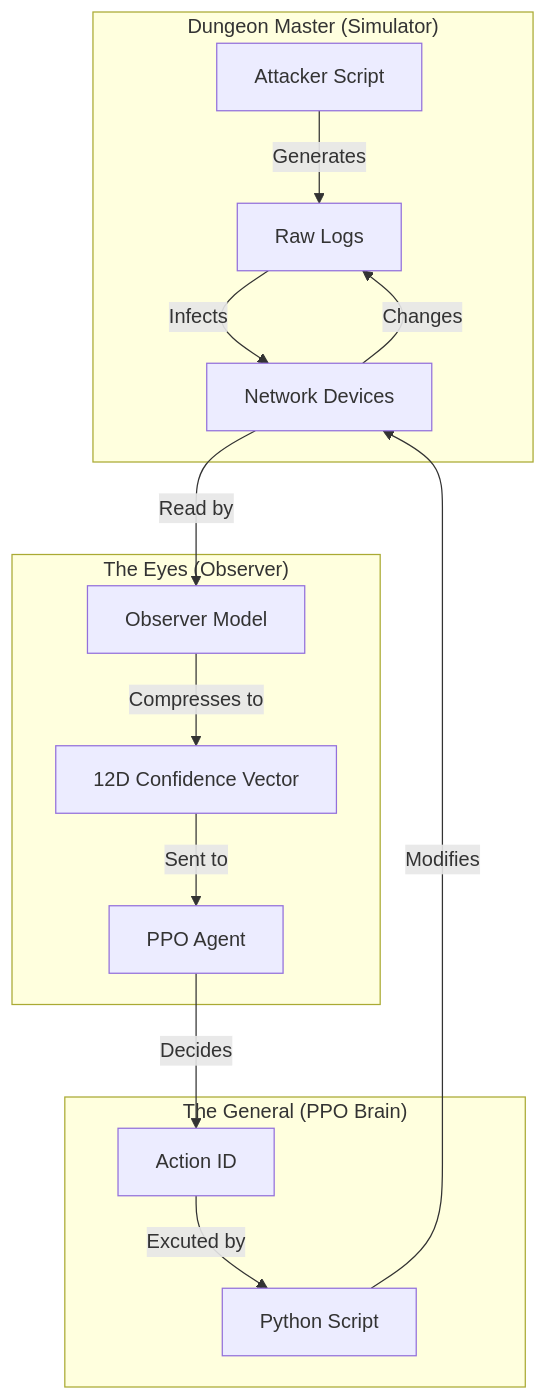
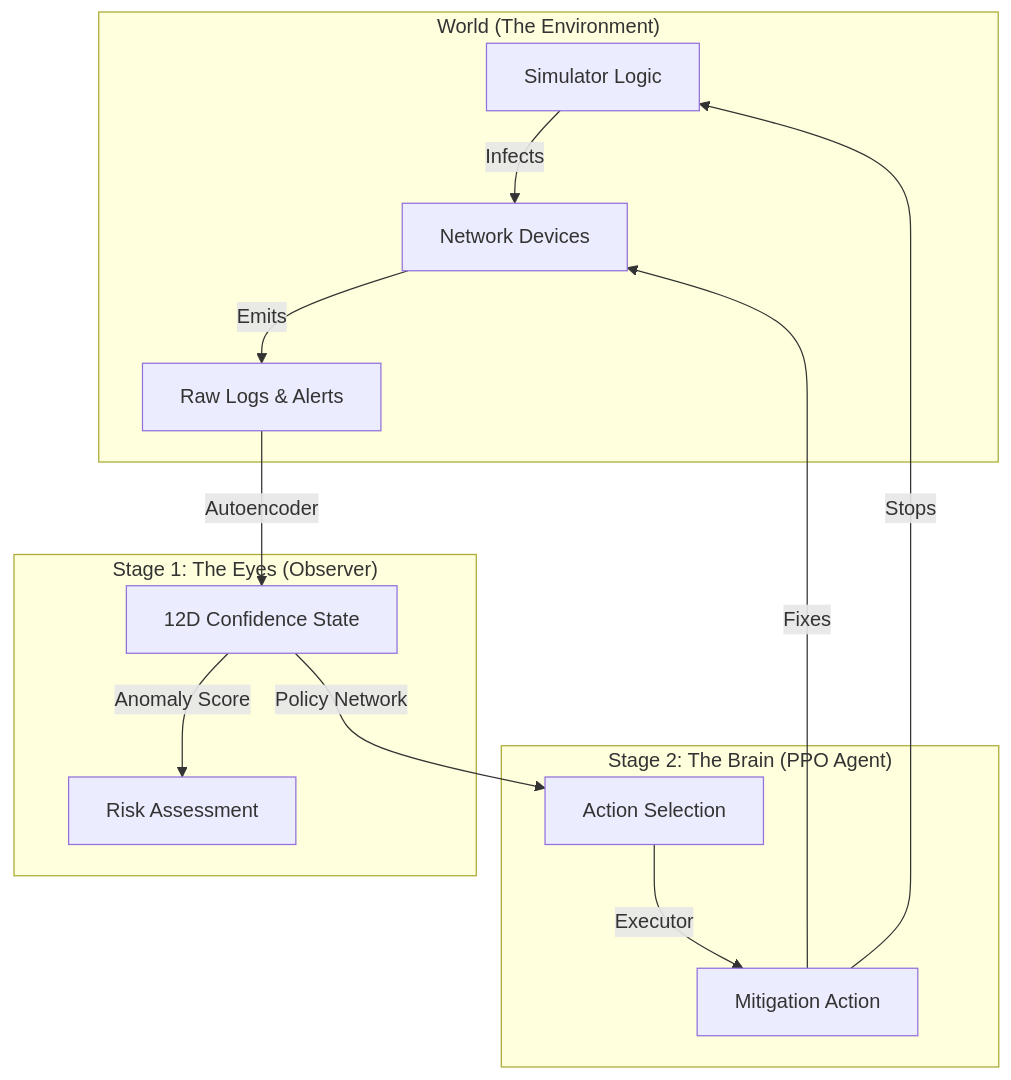
Before and after one commit to didi-09/AI_DRIVEN_SOAR: the second of 7 diagrams in README.md, drawn with Mermaid. The commit also changed other lines of this file, not shown here.

````diff
--- a/README.md
+++ b/README.md
@@ -29,21 +37,20 @@
 ```mermaid
 graph TD
-    subgraph "Dungeon Master (Simulator)"
-        Attack[Attacker Script] -->|Generates| Logs[Raw Logs]
-        Logs -->|Infects| Network[Network Devices]
+    subgraph "World (The Environment)"
+        Sim["Simulator Logic"] -->|Infects| Net["Network Devices"]
+        Net -->|Emits| Logs["Raw Logs & Alerts"]
     end
 
-    subgraph "The Eyes (Observer)"
-        Network -->|Read by| Observer[Observer Model]
-        Observer -->|Compresses to| State[12D Confidence Vector]
-        State -->|Sent to| Brain
+    subgraph "Stage 1: The Eyes (Observer)"
+        Logs -->|Autoencoder| Latent["12D Confidence State"]
+        Latent -->|Anomaly Score| Risk["Risk Assessment"]
     end
 
-    subgraph "The General (PPO Brain)"
-        Brain[PPO Agent] -->|Decides| Action[Action ID]
-        Action -->|Excuted by| Python[Python Script]
+    subgraph "Stage 2: The Brain (PPO Agent)"
+        Latent -->|Policy Network| Decision["Action Selection"]
+        Decision -->|Executor| Action["Mitigation Action"]
     end
 
-    Python -->|Modifies| Network
-    Network -->|Changes| Logs
+    Action -->|Fixes| Net
+    Action -->|Stops| Sim
 ```
````
